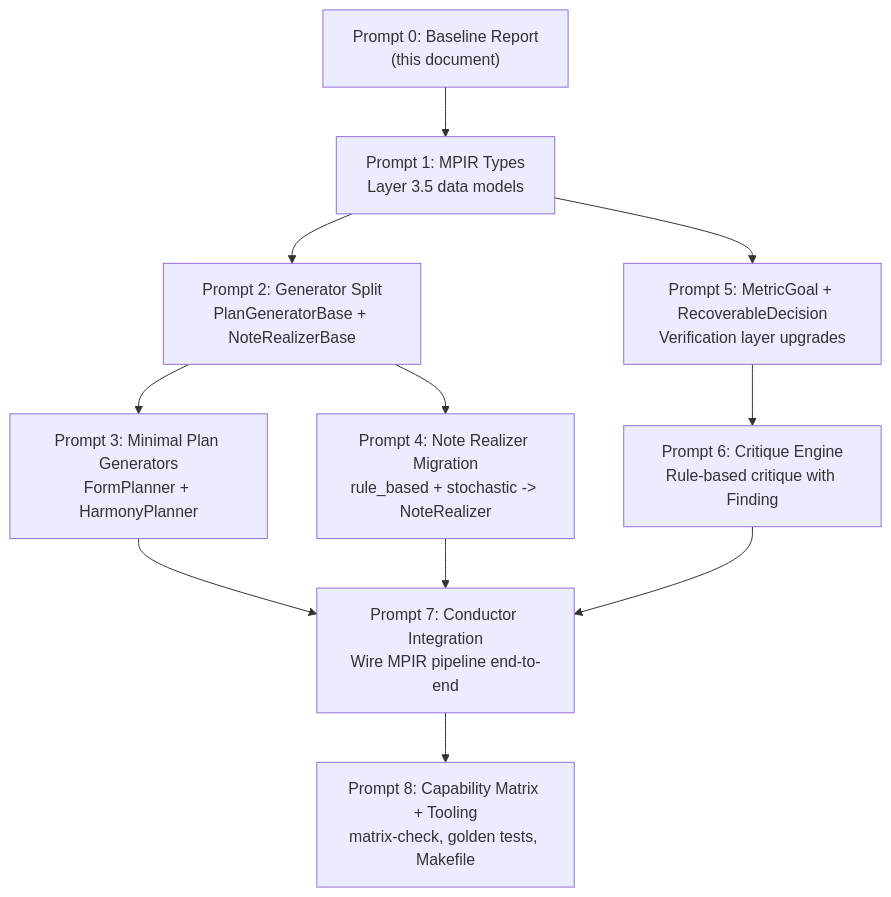
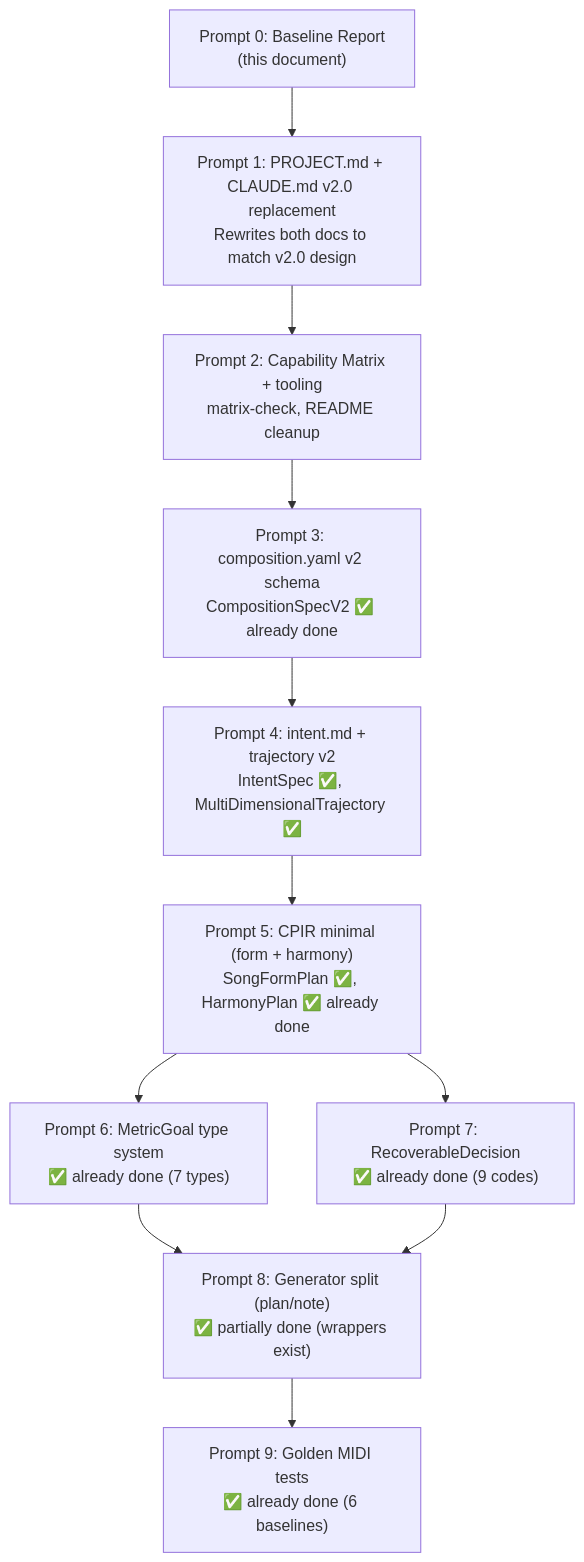
Before and after one commit to shibuiwilliam/YouAndOrchestra: the diagram in docs/migration/v2-baseline-report.md, drawn with Mermaid. The commit also changed other lines of this file and 98 other files, not shown here.

````diff
--- a/docs/migration/v2-baseline-report.md
+++ b/docs/migration/v2-baseline-report.md
@@ -323,23 +309,24 @@
 ```mermaid
 graph TD
     P0["Prompt 0: Baseline Report<br/>(this document)"]
-    P1["Prompt 1: MPIR Types<br/>Layer 3.5 data models"]
-    P2["Prompt 2: Generator Split<br/>PlanGeneratorBase + NoteRealizerBase"]
-    P3["Prompt 3: Minimal Plan Generators<br/>FormPlanner + HarmonyPlanner"]
-    P4["Prompt 4: Note Realizer Migration<br/>rule_based + stochastic -> NoteRealizer"]
-    P5["Prompt 5: MetricGoal + RecoverableDecision<br/>Verification layer upgrades"]
-    P6["Prompt 6: Critique Engine<br/>Rule-based critique with Finding"]
-    P7["Prompt 7: Conductor Integration<br/>Wire MPIR pipeline end-to-end"]
-    P8["Prompt 8: Capability Matrix + Tooling<br/>matrix-check, golden tests, Makefile"]
+    P1["Prompt 1: PROJECT.md + CLAUDE.md v2.0 replacement<br/>Rewrites both docs to match v2.0 design"]
+    P2["Prompt 2: Capability Matrix + tooling<br/>matrix-check, README cleanup"]
+    P3["Prompt 3: composition.yaml v2 schema<br/>CompositionSpecV2 ✅ already done"]
+    P4["Prompt 4: intent.md + trajectory v2<br/>IntentSpec ✅, MultiDimensionalTrajectory ✅"]
+    P5["Prompt 5: CPIR minimal (form + harmony)<br/>SongFormPlan ✅, HarmonyPlan ✅ already done"]
+    P6["Prompt 6: MetricGoal type system<br/>✅ already done (7 types)"]
+    P7["Prompt 7: RecoverableDecision<br/>✅ already done (9 codes)"]
+    P8["Prompt 8: Generator split (plan/note)<br/>✅ partially done (wrappers exist)"]
+    P9["Prompt 9: Golden MIDI tests<br/>✅ already done (6 baselines)"]
 
     P0 --> P1
     P1 --> P2
-    P1 --> P5
     P2 --> P3
-    P2 --> P4
-    P3 --> P7
-    P4 --> P7
+    P3 --> P4
+    P4 --> P5
     P5 --> P6
-    P6 --> P7
+    P5 --> P7
+    P6 --> P8
     P7 --> P8
+    P8 --> P9
 ```
````
